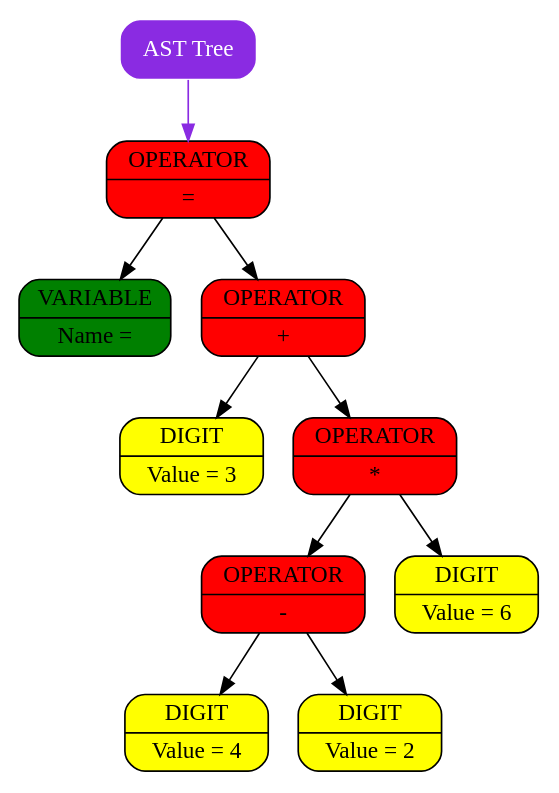
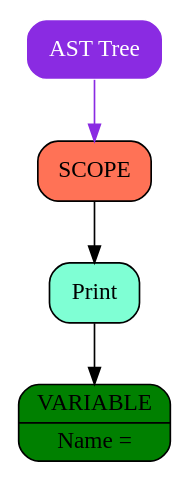
One commit to Pelmeshka127/ParaCL changed the diagram in graphics/graph.dot. Above: the diagram before and after it, drawn with Graphviz. The commit also changed 7 other files, not shown here.

```diff
--- a/graphics/graph.dot
+++ b/graphics/graph.dot
@@ -1,23 +1,11 @@
 digraph Tree
 {
    rankdir = HR;
    tree[shape = Mrecord, style = filled, color = "white", style = filled, fontcolor = "white", fillcolor = "blueviolet", label = "AST Tree"];
-   "0x128e06c40"[shape = Mrecord, color = "black", style = filled, fontcolor = "black", fillcolor = "red"   label = " {OPERATOR | =}"];
-  "0x128e06c40" -> "0x128e06b40" [color = "black"];
-  "0x128e06c40" -> "0x128e06c10" [color = "black"];
-   "0x128e06b40"[shape = Mrecord, color = "black", style = filled, fontcolor = "black", fillcolor = "green",   label = " {VARIABLE | Name = }"];
-   "0x128e06c10"[shape = Mrecord, color = "black", style = filled, fontcolor = "black", fillcolor = "red"   label = " {OPERATOR | +}"];
-  "0x128e06c10" -> "0x128e06b70" [color = "black"];
-  "0x128e06c10" -> "0x128e06be0" [color = "black"];
-   "0x128e06b70"[shape = Mrecord, color = "black", style = filled, fontcolor = "black", fillcolor = "yellow",   label = " {DIGIT | Value = 3}"];
-   "0x128e06be0"[shape = Mrecord, color = "black", style = filled, fontcolor = "black", fillcolor = "red"   label = " {OPERATOR | *}"];
-  "0x128e06be0" -> "0x128e06ba0" [color = "black"];
-  "0x128e06be0" -> "0x128e06bd0" [color = "black"];
-   "0x128e06ba0"[shape = Mrecord, color = "black", style = filled, fontcolor = "black", fillcolor = "red"   label = " {OPERATOR | -}"];
-  "0x128e06ba0" -> "0x128e06b80" [color = "black"];
-  "0x128e06ba0" -> "0x128e06b90" [color = "black"];
-   "0x128e06b80"[shape = Mrecord, color = "black", style = filled, fontcolor = "black", fillcolor = "yellow",   label = " {DIGIT | Value = 4}"];
-   "0x128e06b90"[shape = Mrecord, color = "black", style = filled, fontcolor = "black", fillcolor = "yellow",   label = " {DIGIT | Value = 2}"];
-   "0x128e06bd0"[shape = Mrecord, color = "black", style = filled, fontcolor = "black", fillcolor = "yellow",   label = " {DIGIT | Value = 6}"];
-   tree -> "0x128e06c40" [color = "blueviolet"];
+   "0x152606cc0"[shape = Mrecord, color = "black", style = filled, fontcolor = "black", fillcolor = "coral1"   label = " {SCOPE}"];
+  "0x152606cc0" -> "0x152606ca0" [color = "black"];
+   "0x152606ca0"[shape = Mrecord, color = "black", style = filled, fontcolor = "black", fillcolor = "aquamarine"   label = " {Print}"];
+  "0x152606ca0" -> "0x152606c70" [color = "black"];
+   "0x152606c70"[shape = Mrecord, color = "black", style = filled, fontcolor = "black", fillcolor = "green",   label = " {VARIABLE | Name = }"];
+   tree -> "0x152606cc0" [color = "blueviolet"];
 }
```
